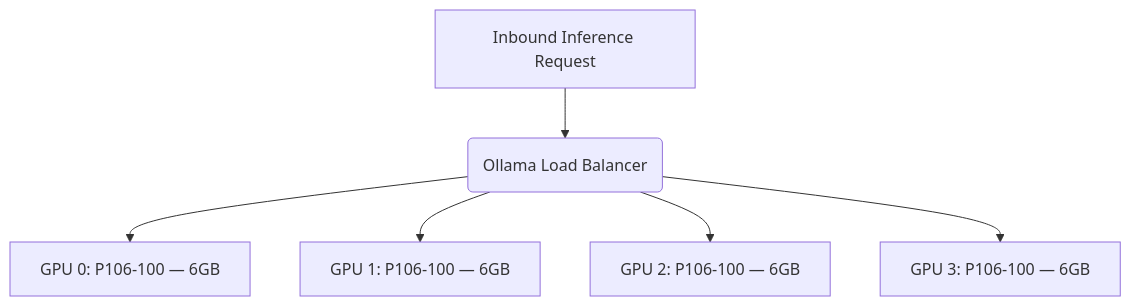
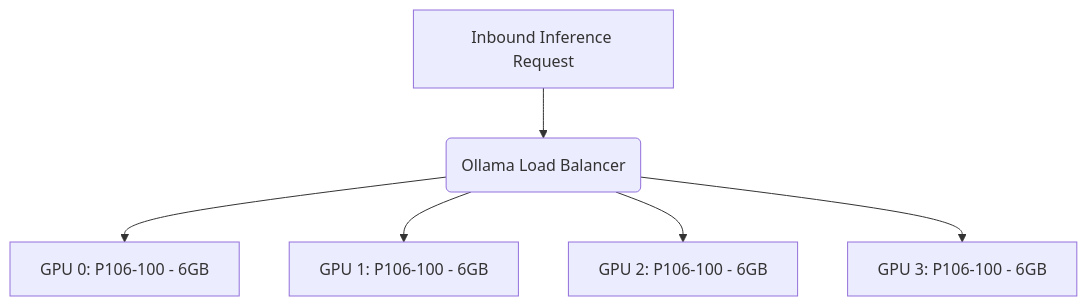
One commit to Dinaverse/sovereign-ai-infrastructure changed the diagram in README.md. Above: the diagram before and after it, drawn with Mermaid. The commit also changed other lines of this file, not shown here.

````diff
--- a/README.md
+++ b/README.md
@@ -51,8 +51,8 @@
 ```mermaid
 graph TD
     A[Inbound Inference Request] --> B(Ollama Load Balancer)
-    B --> C[GPU 0: P106-100 — 6GB]
-    B --> D[GPU 1: P106-100 — 6GB]
-    B --> E[GPU 2: P106-100 — 6GB]
-    B --> F[GPU 3: P106-100 — 6GB]
+    B --> C[GPU 0: P106-100 - 6GB]
+    B --> D[GPU 1: P106-100 - 6GB]
+    B --> E[GPU 2: P106-100 - 6GB]
+    B --> F[GPU 3: P106-100 - 6GB]
 ```
````
